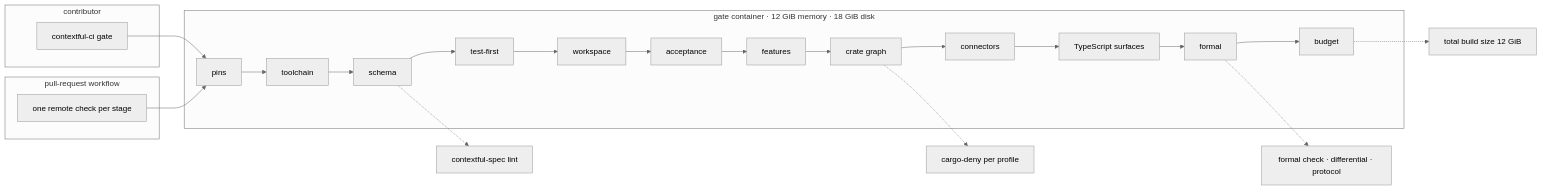
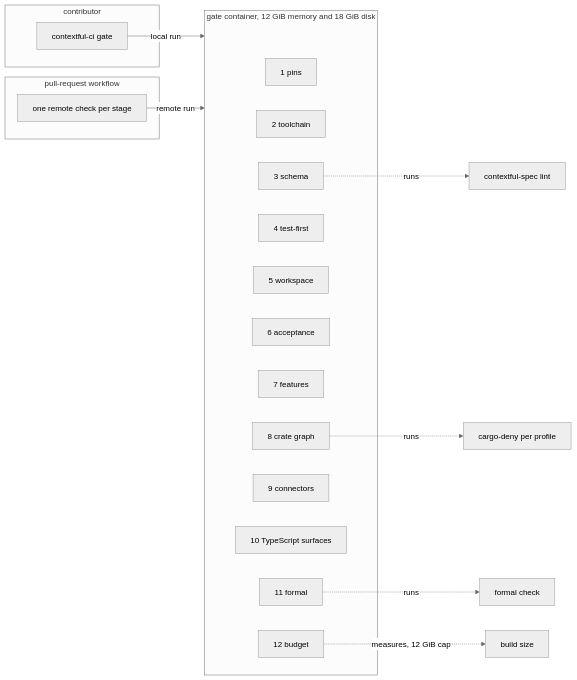
The third of 3 diagrams in spec/81-engineering.md (fractalboxdev/contextful), drawn with Mermaid (neutral theme) before and after one commit. The commit also changed other lines of this file and 44 other files, not shown here.

First line of the commit message:
spec: diagrams draw entities and flows, and the checker enforces it (#12)

````diff
--- a/spec/81-engineering.md
+++ b/spec/81-engineering.md
@@ -179,20 +180,29 @@
 ```mermaid
 flowchart LR
   subgraph contributor["contributor"]
     LOCAL["contextful-ci gate"]
   end
   subgraph forge["pull-request workflow"]
     WF["one remote check per stage"]
   end
-  LOCAL --> S1
-  WF --> S1
-  subgraph C["gate container · 12 GiB memory · 18 GiB disk"]
-    S1["pins"] --> S2["toolchain"] --> S3["schema"] --> S4["test-first"]
-    S4 --> S5["workspace"] --> S6["acceptance"] --> S7["features"] --> S8["crate graph"]
-    S8 --> S9["connectors"] --> S10["TypeScript surfaces"] --> S11["formal"] --> S12["budget"]
+  LOCAL -->|"local run"| C
+  WF -->|"remote run"| C
+  subgraph C["gate container, 12 GiB memory and 18 GiB disk"]
+    S1["1 pins"]
+    S2["2 toolchain"]
+    S3["3 schema"]
+    S4["4 test-first"]
+    S5["5 workspace"]
+    S6["6 acceptance"]
+    S7["7 features"]
+    S8["8 crate graph"]
+    S9["9 connectors"]
+    S10["10 TypeScript surfaces"]
+    S11["11 formal"]
+    S12["12 budget"]
   end
-  S3 -.-> LINT["contextful-spec lint"]
-  S8 -.-> DENY["cargo-deny per profile"]
-  S11 -.-> FORM["formal check · differential · protocol"]
-  S12 -.-> SIZE["total build size 12 GiB"]
+  S3 -.->|"runs"| LINT["contextful-spec lint"]
+  S8 -.->|"runs"| DENY["cargo-deny per profile"]
+  S11 -.->|"runs"| FORM["formal check"]
+  S12 -.->|"measures, 12 GiB cap"| SIZE["build size"]
 ```
````
